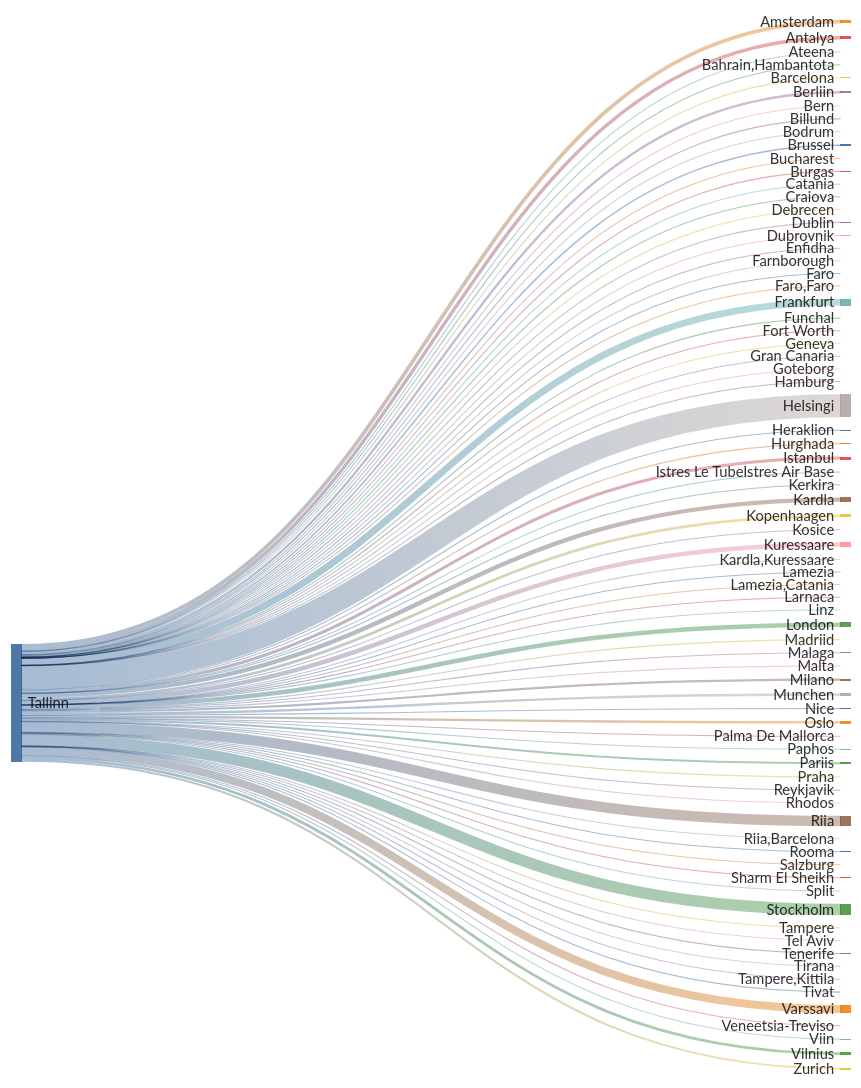
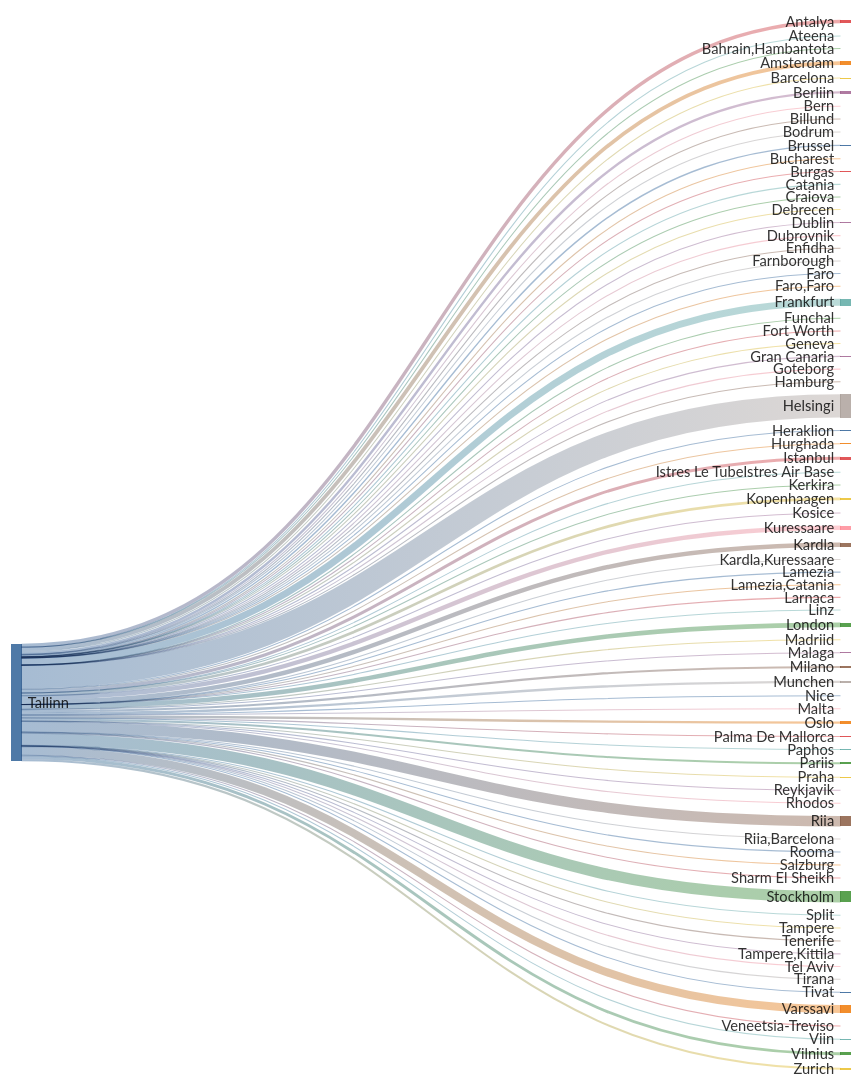
One commit to rainermesi/tll-airport-departures changed the second of 2 diagrams in README.md. Above: the diagram before and after it, drawn with Mermaid. The commit also changed other lines of this file and 1 other file, not shown here.

````diff
--- a/README.md
+++ b/README.md
@@ -41,18 +41,18 @@
 ---
 sankey-beta
 %% source,target,value
-Tallinn,Amsterdam,463
-Tallinn,Antalya,422
+Tallinn,Amsterdam,465
+Tallinn,Antalya,423
 Tallinn,Ateena,16
 Tallinn,"Bahrain,Hambantota",1
 Tallinn,Barcelona,129
-Tallinn,Berliin,294
+Tallinn,Berliin,296
 Tallinn,Bern,1
 Tallinn,Billund,74
 Tallinn,Bodrum,11
-Tallinn,Brussel,181
+Tallinn,Brussel,182
 Tallinn,Bucharest,1
-Tallinn,Burgas,54
+Tallinn,Burgas,55
 Tallinn,Catania,2
 Tallinn,Craiova,1
 Tallinn,Debrecen,1
@@ -63,59 +63,59 @@
 Tallinn,Faro,4
 Tallinn,"Faro,Faro",1
 Tallinn,Fort Worth,1
-Tallinn,Frankfurt,849
+Tallinn,Frankfurt,852
 Tallinn,Funchal,5
 Tallinn,Geneva,13
 Tallinn,Gran Canaria,38
 Tallinn,Goteborg,2
 Tallinn,Hamburg,2
-Tallinn,Helsingi,2865
+Tallinn,Helsingi,2875
 Tallinn,Heraklion,94
 Tallinn,Hurghada,75
-Tallinn,Istanbul,374
+Tallinn,Istanbul,375
 Tallinn,Istres Le TubeIstres Air Base,2
 Tallinn,Kerkira,4
-Tallinn,Kopenhaagen,342
+Tallinn,Kopenhaagen,343
 Tallinn,Kosice,1
-Tallinn,Kuressaare,544
-Tallinn,Kardla,546
+Tallinn,Kuressaare,546
+Tallinn,Kardla,548
 Tallinn,"Kardla,Kuressaare",1
 Tallinn,Lamezia,1
 Tallinn,"Lamezia,Catania",3
 Tallinn,Larnaca,4
 Tallinn,Linz,2
-Tallinn,London,562
+Tallinn,London,564
 Tallinn,Madriid,3
 Tallinn,Malaga,115
 Tallinn,Malta,27
 Tallinn,Milano,269
-Tallinn,Munchen,288
+Tallinn,Munchen,290
 Tallinn,Nice,49
-Tallinn,Oslo,291
+Tallinn,Oslo,292
 Tallinn,Palma De Mallorca,31
 Tallinn,Paphos,66
-Tallinn,Pariis,247
-Tallinn,Praha,81
+Tallinn,Pariis,249
+Tallinn,Praha,82
 Tallinn,Reykjavik,17
-Tallinn,Rhodos,56
-Tallinn,Riia,1288
+Tallinn,Rhodos,57
+Tallinn,Riia,1292
 Tallinn,"Riia,Barcelona",1
 Tallinn,Rooma,80
 Tallinn,Salzburg,14
 Tallinn,Sharm El Sheikh,101
-Tallinn,Split,49
-Tallinn,Stockholm,1411
+Tallinn,Split,50
+Tallinn,Stockholm,1416
 Tallinn,Tampere,17
 Tallinn,"Tampere,Kittila",21
 Tallinn,Tel Aviv,2
 Tallinn,Tenerife,58
-Tallinn,Tirana,30
+Tallinn,Tirana,31
 Tallinn,Tivat,62
-Tallinn,Varssavi,988
+Tallinn,Varssavi,992
 Tallinn,Veneetsia-Treviso,67
 Tallinn,Viin,106
-Tallinn,Vilnius,358
-Tallinn,Zurich,253
+Tallinn,Vilnius,359
+Tallinn,Zurich,254
 
 
 ```
````
